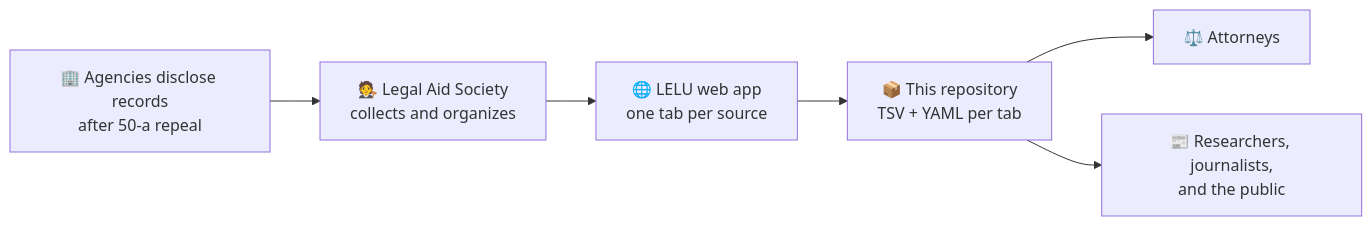
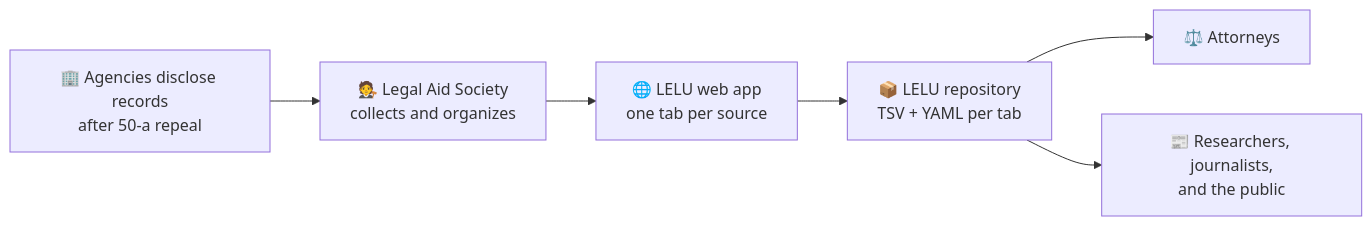
One commit to PrajwalKoirala638/LELU changed the third of 7 diagrams in README.md. Above: the diagram before and after it, drawn with Mermaid. The commit also changed other lines of this file, not shown here.

````diff
--- a/README.md
+++ b/README.md
@@ -113,8 +131,8 @@
 ```mermaid
 flowchart LR
     A["🏢 Agencies disclose records<br/>after 50-a repeal"] --> B["🧑‍⚖️ Legal Aid Society<br/>collects and organizes"]
     B --> C["🌐 LELU web app<br/>one tab per source"]
-    C --> D["📦 This repository<br/>TSV + YAML per tab"]
+    C --> D["📦 LELU repository<br/>TSV + YAML per tab"]
     D --> E["⚖️ Attorneys"]
     D --> F["📰 Researchers, journalists,<br/>and the public"]
 ```
````
